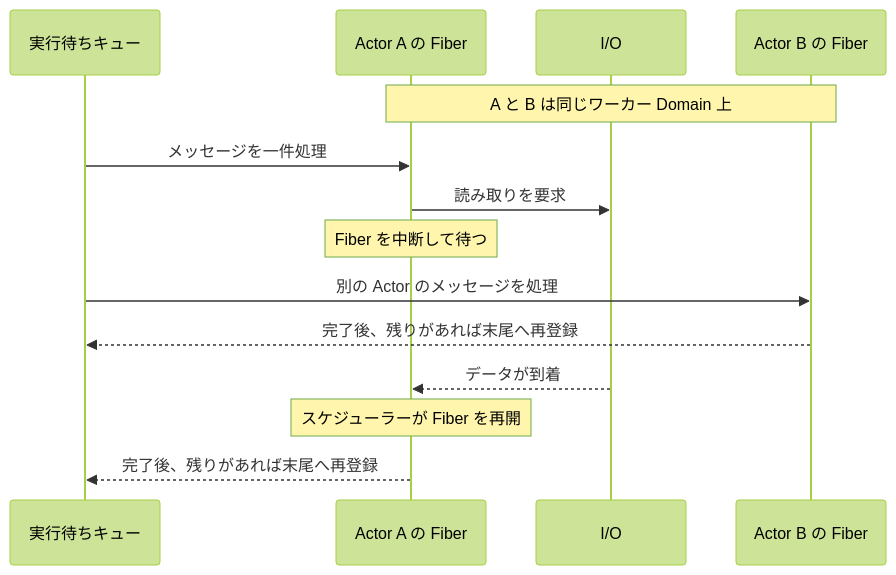
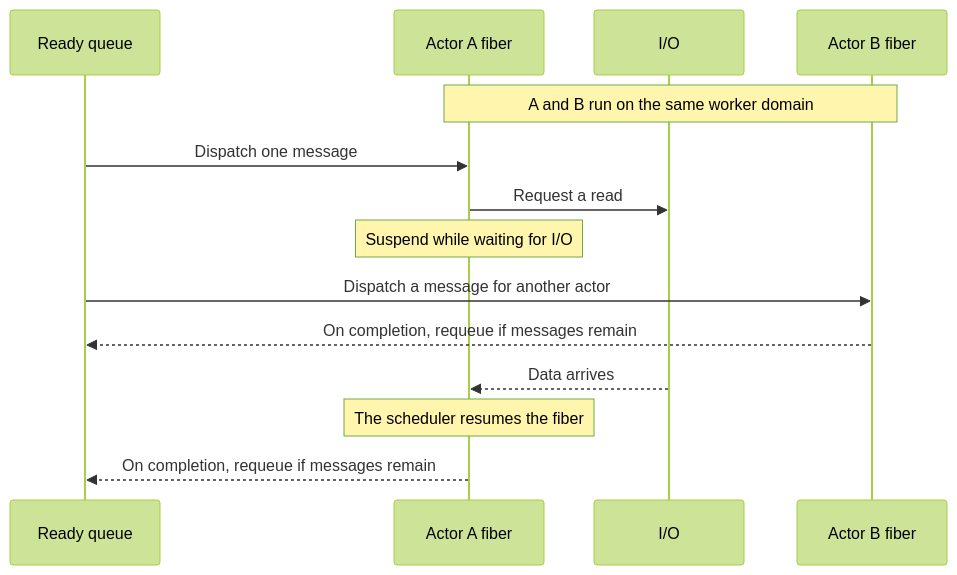
One commit to 45deg/acterious changed the second of 3 diagrams in README.md. Above: the diagram before and after it, drawn with Mermaid (forest theme). The commit also changed other lines of this file and 4 other files, not shown here.

````diff
--- a/README.md
+++ b/README.md
@@ -80,16 +84,16 @@
 ```mermaid
 sequenceDiagram
-    participant Q as 実行待ちキュー
-    participant A as Actor A の Fiber
+    participant Q as Ready queue
+    participant A as Actor A fiber
     participant IO as I/O
-    participant B as Actor B の Fiber
-    Note over A,B: A と B は同じワーカー Domain 上
-    Q->>A: メッセージを一件処理
-    A->>IO: 読み取りを要求
-    Note over A: Fiber を中断して待つ
-    Q->>B: 別の Actor のメッセージを処理
-    B-->>Q: 完了後、残りがあれば末尾へ再登録
-    IO-->>A: データが到着
-    Note over A: スケジューラーが Fiber を再開
-    A-->>Q: 完了後、残りがあれば末尾へ再登録
+    participant B as Actor B fiber
+    Note over A,B: A and B run on the same worker domain
+    Q->>A: Dispatch one message
+    A->>IO: Request a read
+    Note over A: Suspend while waiting for I/O
+    Q->>B: Dispatch a message for another actor
+    B-->>Q: On completion, requeue if messages remain
+    IO-->>A: Data arrives
+    Note over A: The scheduler resumes the fiber
+    A-->>Q: On completion, requeue if messages remain
 ```
````
